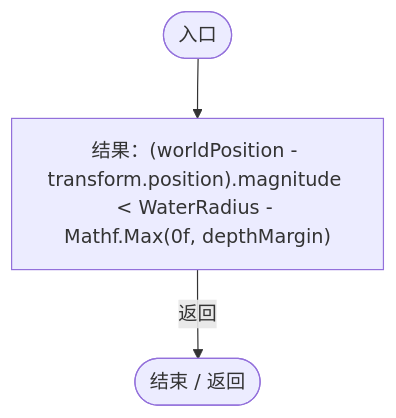
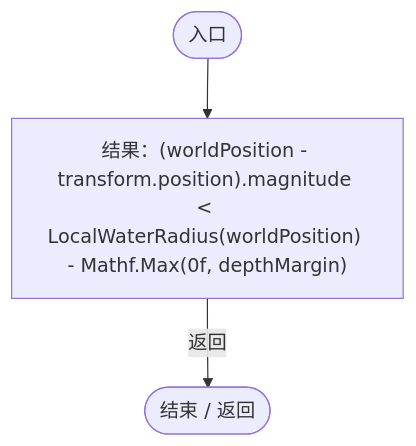
The sixth of 11 diagrams in Docs/运行流程图/脚本/415285cf043354a9.md (xhs6666/Darwin_paradise), drawn with Mermaid before and after one commit. The commit also changed other lines of this file and 229 other files, not shown here.

````diff
--- a/Docs/运行流程图/脚本/415285cf043354a9.md
+++ b/Docs/运行流程图/脚本/415285cf043354a9.md
@@ -135,9 +135,9 @@
 ```mermaid
 flowchart TD
   b0(["入口"])
-  b1["结果：(worldPosition - transform.position).magnitude &lt; WaterRadius - Mathf.Max(0f, depthMargin)"]
+  b1["结果：(worldPosition - transform.position).magnitude &lt; LocalWaterRadius(worldPosition) - Mathf.Max(0f, depthMargin)"]
   b2(["结束 / 返回"])
   b0 --> b1
   b1 -->|"返回"| b2
 
 ```
````
